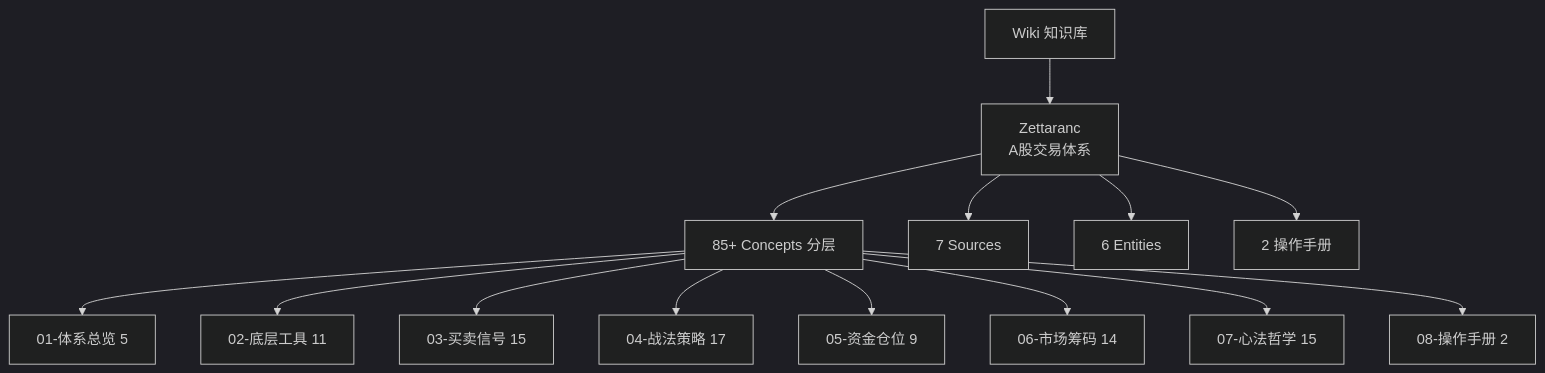
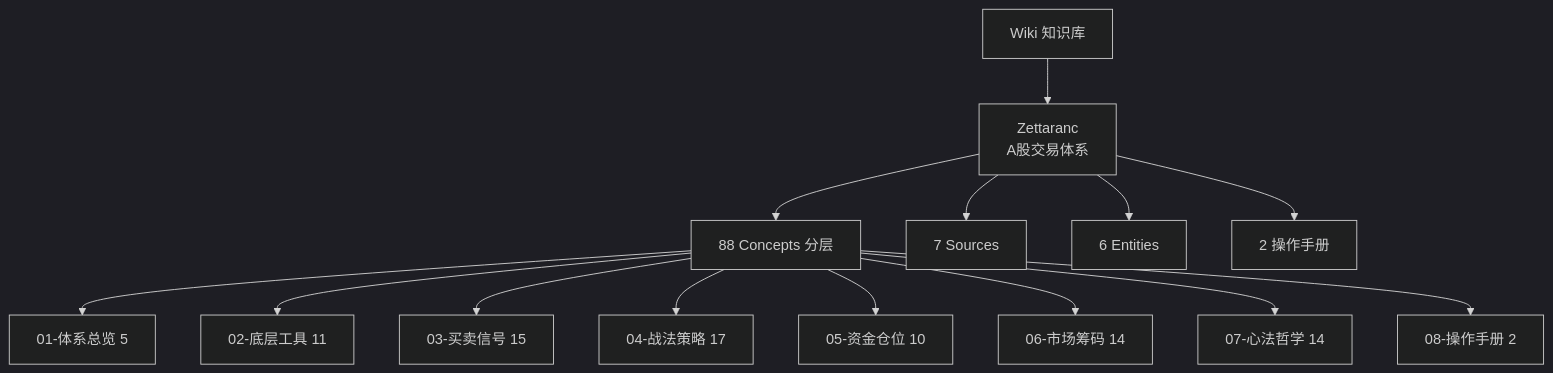
The diagram in wiki/index.md (lululu811/zettaranc-knowledge), drawn with Mermaid (dark theme) before and after one commit. The commit also changed other lines of this file and 106 other files, not shown here.

````diff
--- a/wiki/index.md
+++ b/wiki/index.md
@@ -9,17 +9,17 @@
 ```mermaid
 graph TD
   A[Wiki 知识库] --> B[Zettaranc<br/>A股交易体系]
-  B --> B1[85+ Concepts 分层]
+  B --> B1[88 Concepts 分层]
   B --> B2[7 Sources]
   B --> B3[6 Entities]
   B --> B4[2 操作手册]
 
   B1 --> C1[01-体系总览 5]
   B1 --> C2[02-底层工具 11]
   B1 --> C3[03-买卖信号 15]
   B1 --> C4[04-战法策略 17]
-  B1 --> C5[05-资金仓位 9]
+  B1 --> C5[05-资金仓位 10]
   B1 --> C6[06-市场筹码 14]
-  B1 --> C7[07-心法哲学 15]
+  B1 --> C7[07-心法哲学 14]
   B1 --> C8[08-操作手册 2]
 ```
````
